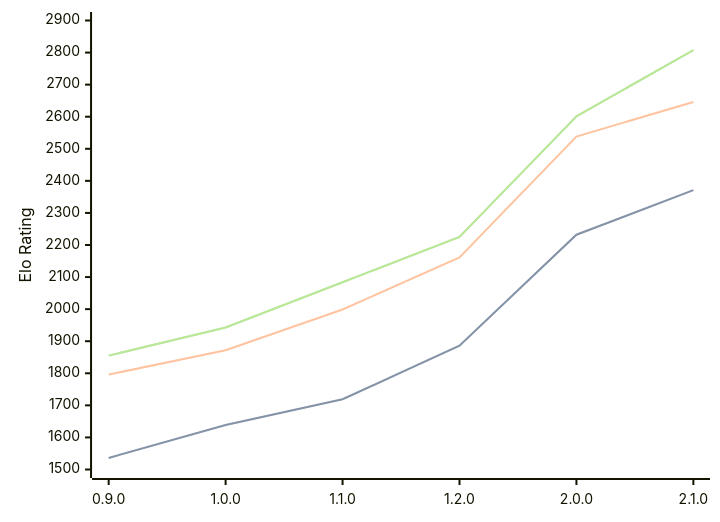
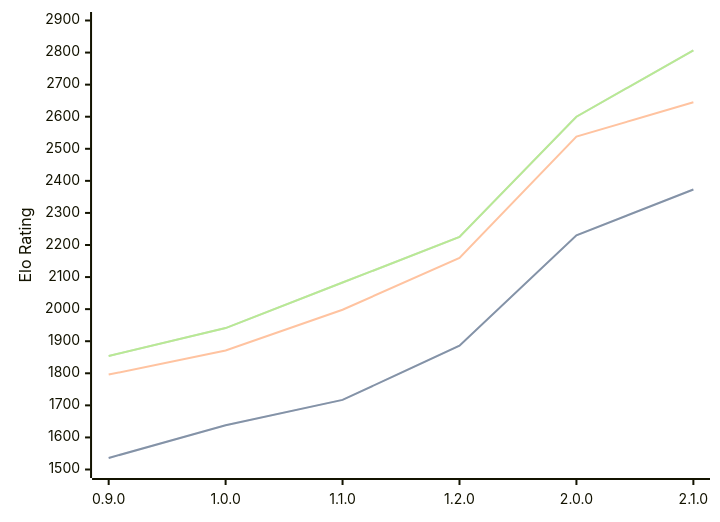
The diagram in engines/Ratsu.md (computer-chess-index/cci), drawn with Mermaid before and after one commit. The commit also changed other lines of this file, not shown here.

Commit message:
Update CCI Ratings (ELO VLTC) - 2026-08-04

````diff
--- a/engines/Ratsu.md
+++ b/engines/Ratsu.md
@@ -36,11 +36,11 @@
 ```mermaid
 %%{init: {"theme":"base","themeVariables":{"seriesColors:['#a3a3a3','#222221','#faa371']}}}%%
 xychart-beta
   x-axis ["0.9.0", "1.0.0", "1.1.0", "1.2.0", "2.0.0", "2.1.0"]
   y-axis "Elo Rating" 1500 --> 2900
-  line "STC (8.0+0.08s)" [1536, 1639, 1719, 1886, 2232, 2371]
-  line "STC (8.0+0.08s)" [1536, 1639, 1719, 1886, 2232, 2371]
-  line "LTC (60.0+0.60s)" [1796, 1872, 1999, 2161, 2538, 2646]
-  line "VLTC (2m24s+1.12s)" [1855, 1943, 2084, 2225, 2601, 2808]
-  line "VLTC (2m24s+1.12s)" [1855, 1943, 2084, 2225, 2601, 2808]
+  line "STC (8.0+0.08s)" [1536, 1638, 1717, 1886, 2230, 2373]
+  line "STC (8.0+0.08s)" [1536, 1638, 1717, 1886, 2230, 2373]
+  line "LTC (60.0+0.60s)" [1796, 1871, 1998, 2160, 2538, 2645]
+  line "VLTC (2m24s+1.12s)" [1854, 1941, 2083, 2225, 2600, 2807]
+  line "VLTC (2m24s+1.12s)" [1854, 1941, 2083, 2225, 2600, 2807]
 ```
````
